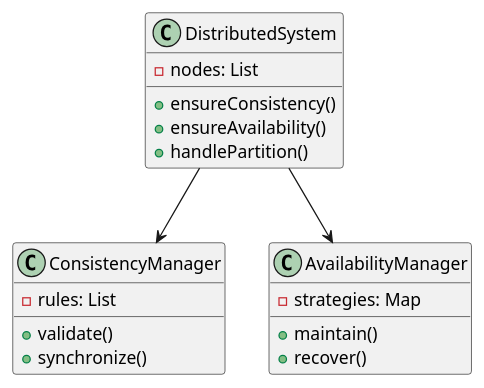
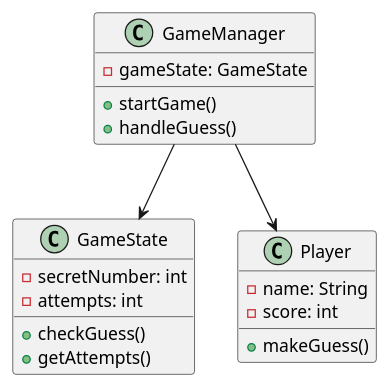
The second of 3 diagrams in doc/learning/architecture/cap_theory_tutorial.md (fine5351/info-sync), drawn with PlantUML before and after one commit. The commit also changed other lines of this file and 35 other files, not shown here.

````diff
--- a/doc/learning/architecture/cap_theory_tutorial.md
+++ b/doc/learning/architecture/cap_theory_tutorial.md
@@ -106,25 +80,25 @@
 ```plantuml
 @startuml
-class DistributedSystem {
-    - nodes: List
-    + ensureConsistency()
-    + ensureAvailability()
-    + handlePartition()
+class GameManager {
+    - gameState: GameState
+    + startGame()
+    + handleGuess()
 }
 
-class ConsistencyManager {
-    - rules: List
-    + validate()
-    + synchronize()
+class GameState {
+    - secretNumber: int
+    - attempts: int
+    + checkGuess()
+    + getAttempts()
 }
 
-class AvailabilityManager {
-    - strategies: Map
-    + maintain()
-    + recover()
+class Player {
+    - name: String
+    - score: int
+    + makeGuess()
 }
 
-DistributedSystem --> ConsistencyManager
-DistributedSystem --> AvailabilityManager
+GameManager --> GameState
+GameManager --> Player
 @enduml
 ```
````
